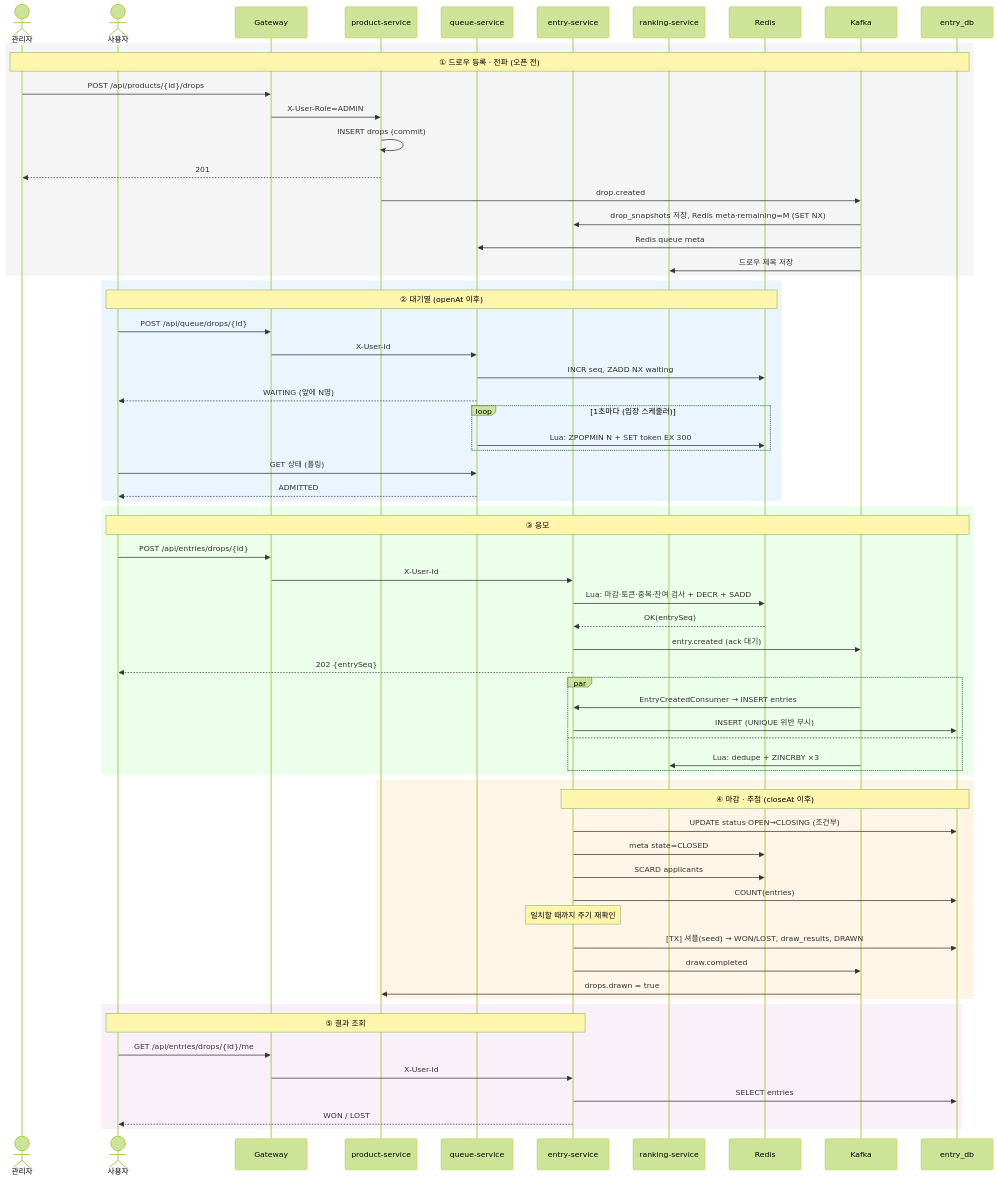
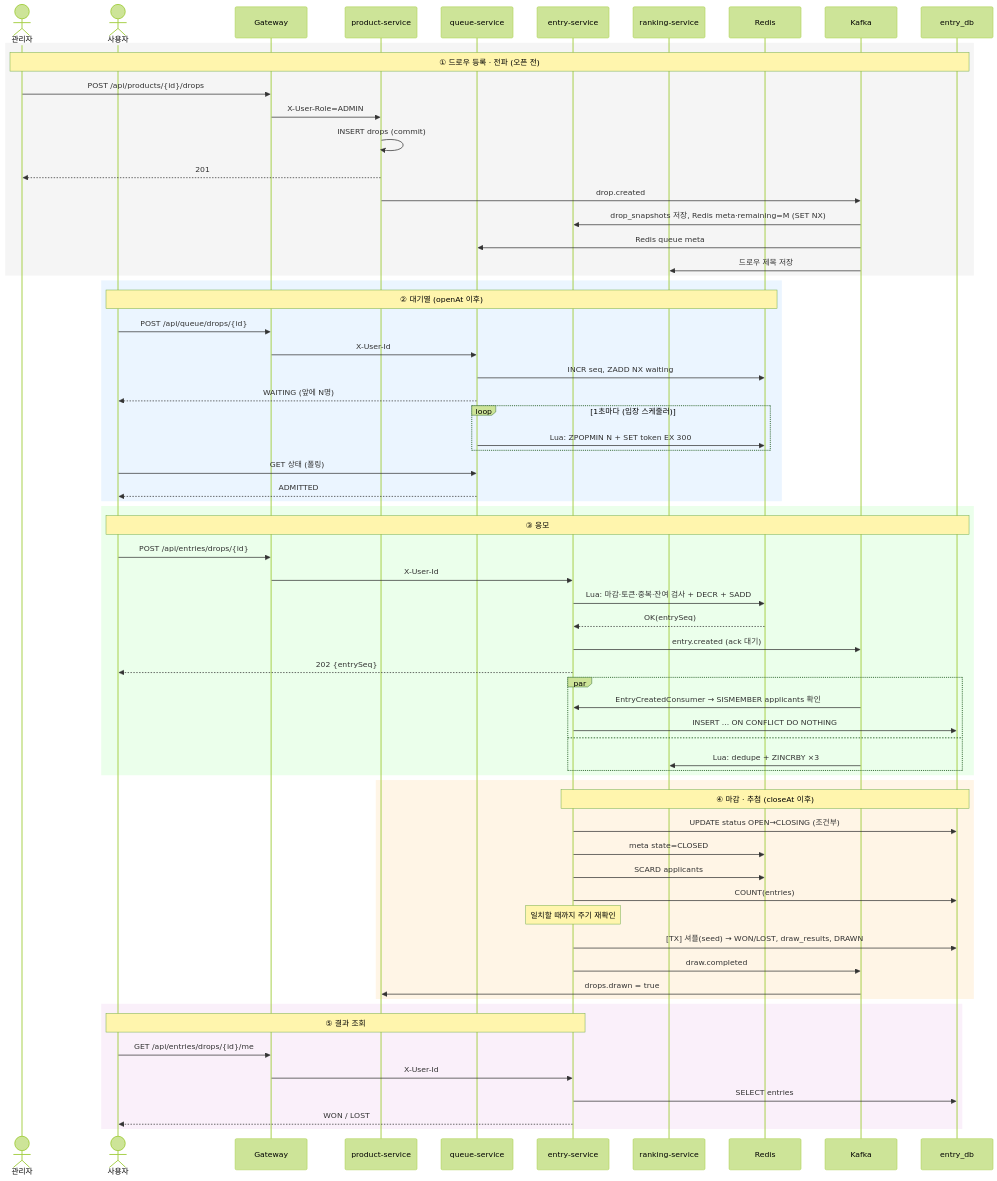
Before and after one commit to dd-jiny/queue-drop: the third of 10 diagrams in docs/design/08-sequence-diagram/sequence-diagram.md, drawn with Mermaid (forest theme). The commit also changed other lines of this file and 24 other files, not shown here.

````diff
--- a/docs/design/08-sequence-diagram/sequence-diagram.md
+++ b/docs/design/08-sequence-diagram/sequence-diagram.md
@@ -106,74 +107,74 @@
 ```mermaid
 sequenceDiagram
     actor A as 관리자
     actor U as 사용자
     participant GW as Gateway
     participant PS as product-service
     participant QS as queue-service
     participant ES as entry-service
     participant RS as ranking-service
     participant R as Redis
     participant K as Kafka
     participant EDB as entry_db
 
     rect rgb(245, 245, 245)
     Note over A,EDB: ① 드로우 등록 · 전파 (오픈 전)
     A->>GW: POST /api/products/{id}/drops
     GW->>PS: X-User-Role=ADMIN
     PS->>PS: INSERT drops (commit)
     PS-->>A: 201
     PS->>K: drop.created
     K->>ES: drop_snapshots 저장, Redis meta·remaining=M (SET NX)
     K->>QS: Redis queue meta
     K->>RS: 드로우 제목 저장
     end
 
     rect rgb(235, 245, 255)
     Note over U,R: ② 대기열 (openAt 이후)
     U->>GW: POST /api/queue/drops/{id}
     GW->>QS: X-User-Id
     QS->>R: INCR seq, ZADD NX waiting
     QS-->>U: WAITING (앞에 N명)
     loop 1초마다 (입장 스케줄러)
         QS->>R: Lua: ZPOPMIN N + SET token EX 300
     end
     U->>QS: GET 상태 (폴링)
     QS-->>U: ADMITTED
     end
 
     rect rgb(235, 255, 235)
     Note over U,EDB: ③ 응모
     U->>GW: POST /api/entries/drops/{id}
     GW->>ES: X-User-Id
     ES->>R: Lua: 마감·토큰·중복·잔여 검사 + DECR + SADD
     R-->>ES: OK(entrySeq)
     ES->>K: entry.created (ack 대기)
     ES-->>U: 202 {entrySeq}
     par
-        K->>ES: EntryCreatedConsumer → INSERT entries
-        ES->>EDB: INSERT (UNIQUE 위반 무시)
+        K->>ES: EntryCreatedConsumer → SISMEMBER applicants 확인
+        ES->>EDB: INSERT ... ON CONFLICT DO NOTHING
     and
         K->>RS: Lua: dedupe + ZINCRBY ×3
     end
     end
 
     rect rgb(255, 245, 230)
     Note over ES,EDB: ④ 마감 · 추첨 (closeAt 이후)
     ES->>EDB: UPDATE status OPEN→CLOSING (조건부)
     ES->>R: meta state=CLOSED
     ES->>R: SCARD applicants
     ES->>EDB: COUNT(entries)
     Note over ES: 일치할 때까지 주기 재확인
     ES->>EDB: [TX] 셔플(seed) → WON/LOST, draw_results, DRAWN
     ES->>K: draw.completed
     K->>PS: drops.drawn = true
     end
 
     rect rgb(250, 240, 250)
     Note over U,ES: ⑤ 결과 조회
     U->>GW: GET /api/entries/drops/{id}/me
     GW->>ES: X-User-Id
     ES->>EDB: SELECT entries
     ES-->>U: WON / LOST
     end
 ```
````
